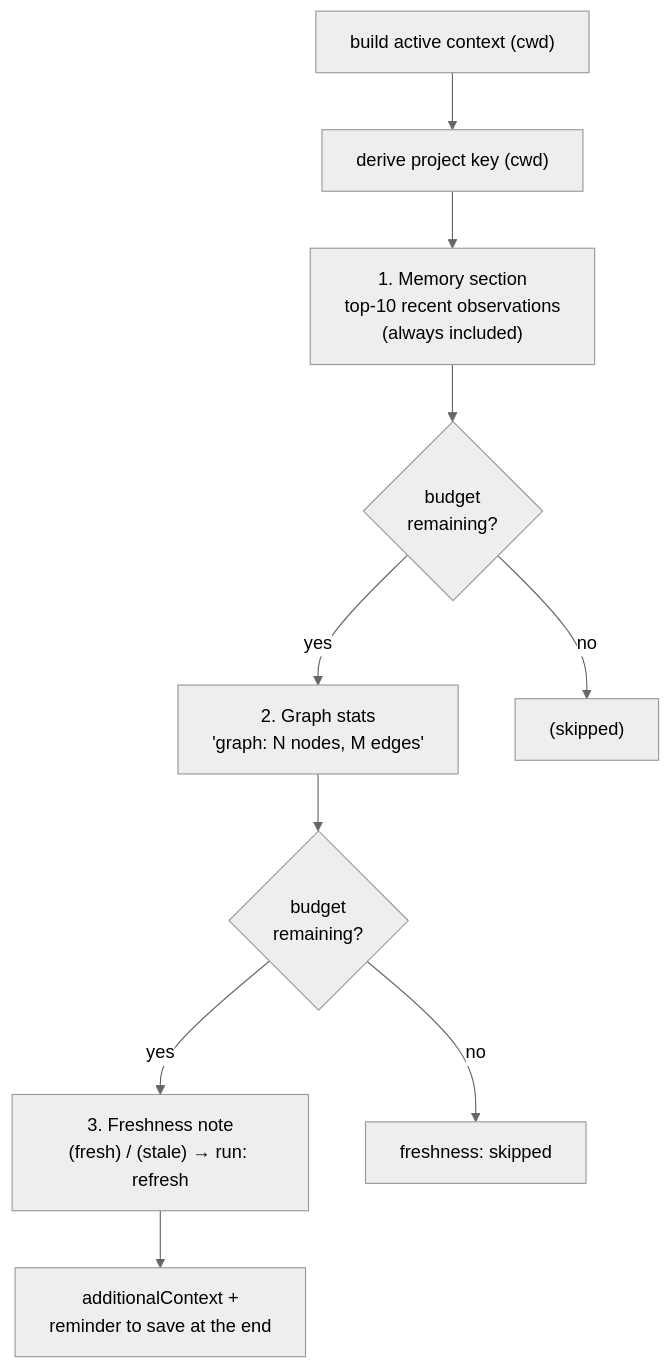
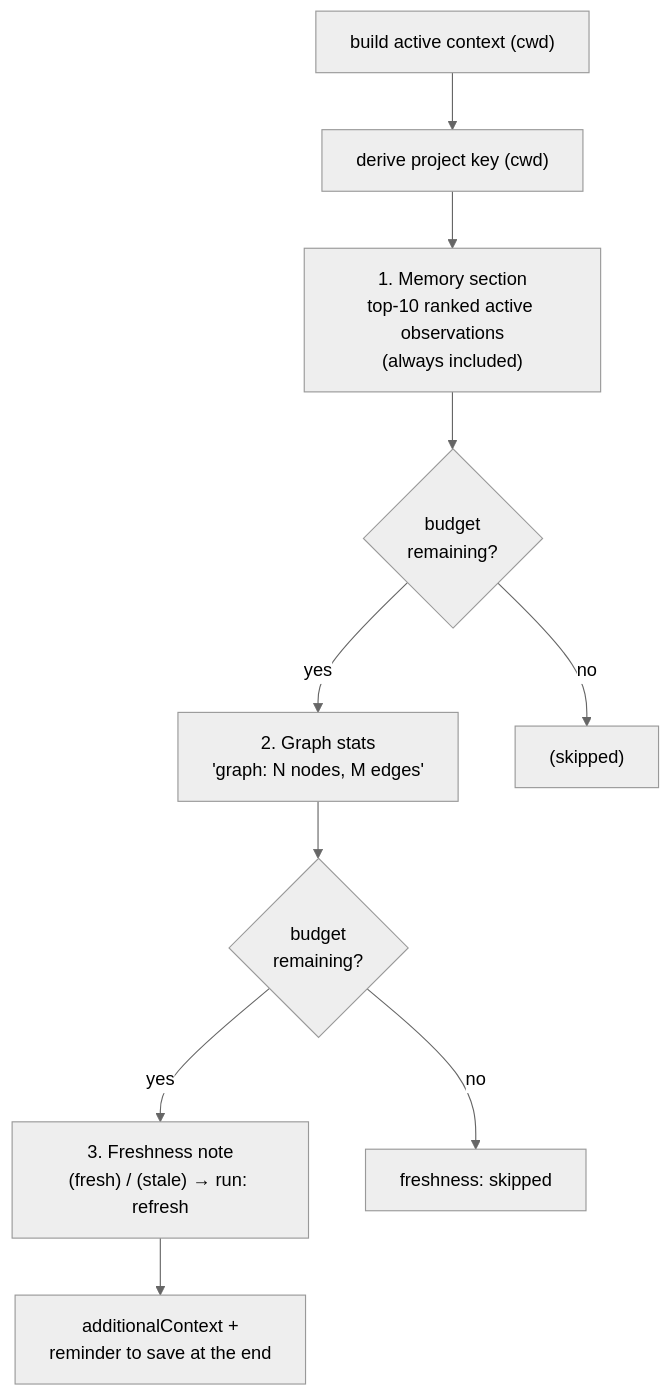
One commit to Kolimar/leina changed the second of 3 diagrams in docs/concepts/06-hooks-e-inyeccion.md. Above: the diagram before and after it, drawn with Mermaid (neutral theme). The commit also changed other lines of this file and 15 other files, not shown here.

````diff
--- a/docs/concepts/06-hooks-e-inyeccion.md
+++ b/docs/concepts/06-hooks-e-inyeccion.md
@@ -128,12 +128,12 @@
 ```mermaid
 flowchart TD
     start["build active context (cwd)"] --> key["derive project key (cwd)"]
-    key --> mem["1. Memory section<br/>top-10 recent observations<br/>(always included)"]
+    key --> mem["1. Memory section<br/>top-10 ranked active observations<br/>(always included)"]
     mem --> budget1{budget<br/>remaining?}
     budget1 -->|yes| gstats["2. Graph stats<br/>'graph: N nodes, M edges'"]
     budget1 -->|no| skip1["(skipped)"]
     gstats --> budget2{budget<br/>remaining?}
     budget2 -->|yes| fresh["3. Freshness note<br/>(fresh) / (stale) → run: refresh"]
     budget2 -->|no| skip2["freshness: skipped"]
     fresh --> out["additionalContext +<br/>reminder to save at the end"]
 ```
````
